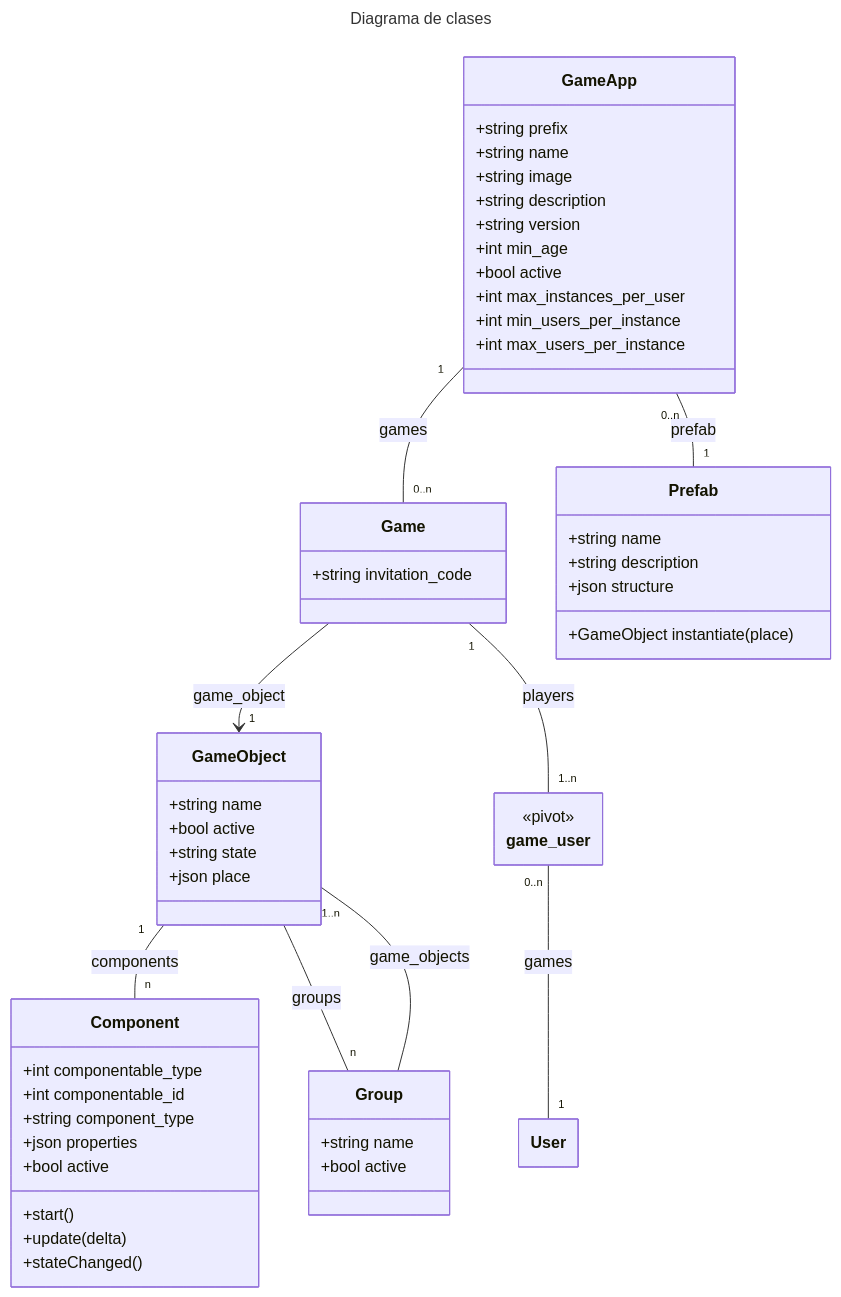
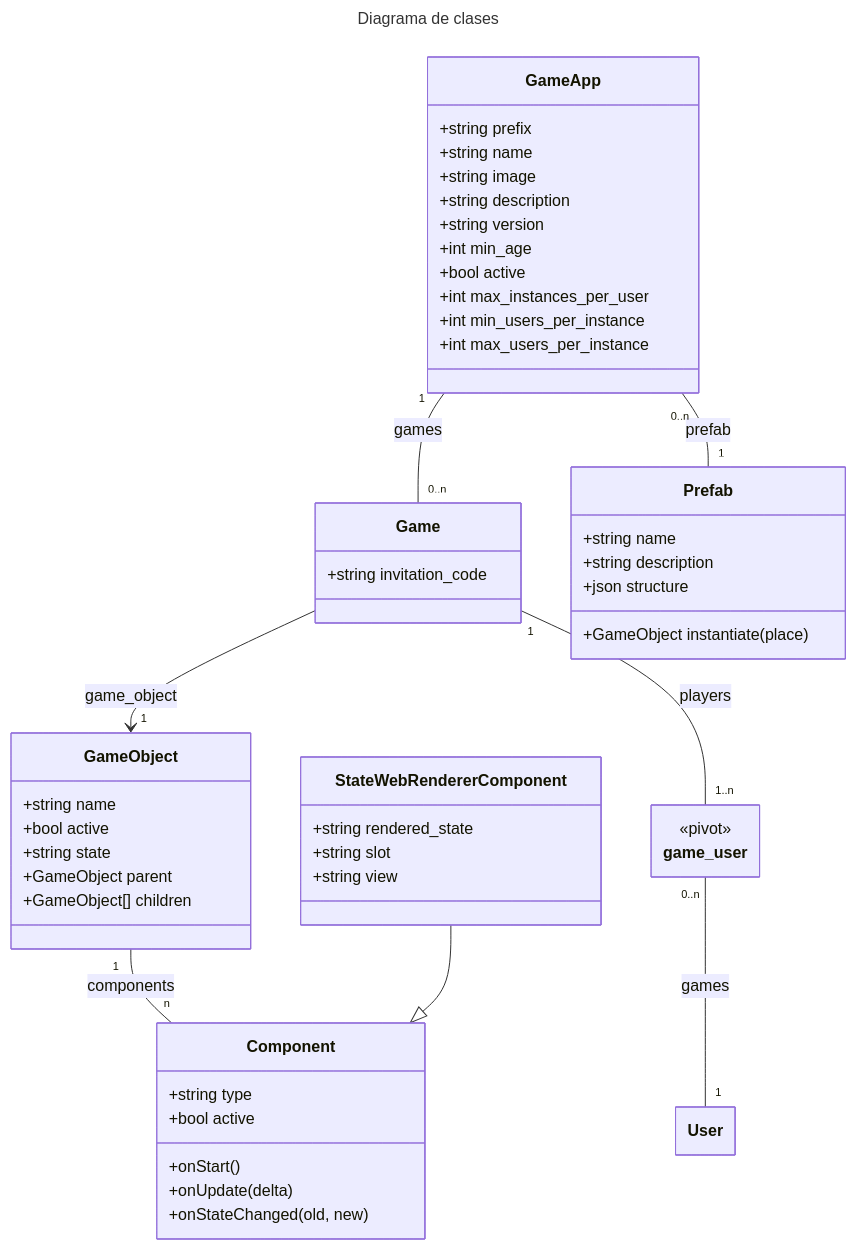
The first of 2 diagrams in docs/class_diagrams.md (eormeno/base-project), drawn with Mermaid before and after one commit. The commit also changed other lines of this file and 9 other files, not shown here.

````diff
--- a/docs/class_diagrams.md
+++ b/docs/class_diagrams.md
@@ -1,64 +1,62 @@
 ```mermaid
 ---
 title: Diagrama de clases
 config:
     class:
-      hideEmptyMembersBox: true
+        hideEmptyMembersBox: true
 ---
 classDiagram
     direction TD
     class User {
     }
     class GameApp {
         +string prefix
         +string name
         +string image
         +string description
         +string version
         +int min_age
         +bool active
         +int max_instances_per_user
         +int min_users_per_instance
         +int max_users_per_instance
     }
     class Game {
         +string invitation_code
     }
     class game_user {
         <<pivot>>
     }
     class Prefab {
         +string name
         +string description
         +json structure
         +GameObject instantiate(place)
     }
     class GameObject {
         +string name
         +bool active
         +string state
-        +json place
-    }
-    class Group {
-        +string name
-        +bool active
+        +GameObject parent
+        +GameObject[] children
     }
     class Component {
-        +int componentable_type
-        +int componentable_id
-        +string component_type
-        +json properties
+        +string type
         +bool active
-        +start()
-        +update(delta)
-        +stateChanged()
+        +onStart()
+        +onUpdate(delta)
+        +onStateChanged(old, new)
+    }
+    class StateWebRendererComponent {
+        +string rendered_state
+        +string slot
+        +string view
     }
     Game --> "1" GameObject : game_object
     GameObject "1" -- "n" Component : components
-    GameObject -- "n" Group : groups
-    Group -- "1..n" GameObject : game_objects
     GameApp "1" -- "0..n" Game : games
     Game "1" -- "1..n" game_user : players
     GameApp "0..n" -- "1" Prefab : prefab
     game_user "0..n" -- "1" User : games
+    StateWebRendererComponent --|> Component
 ```
````
